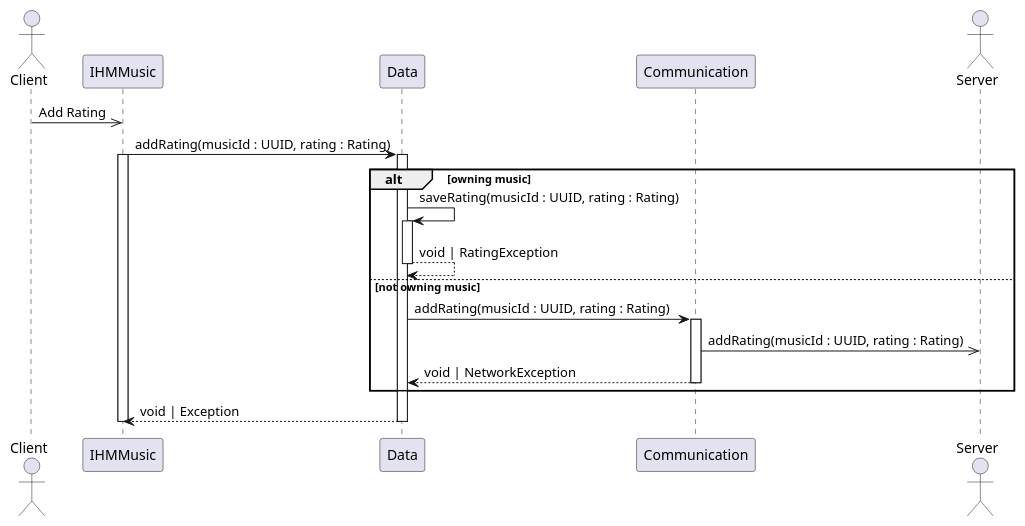
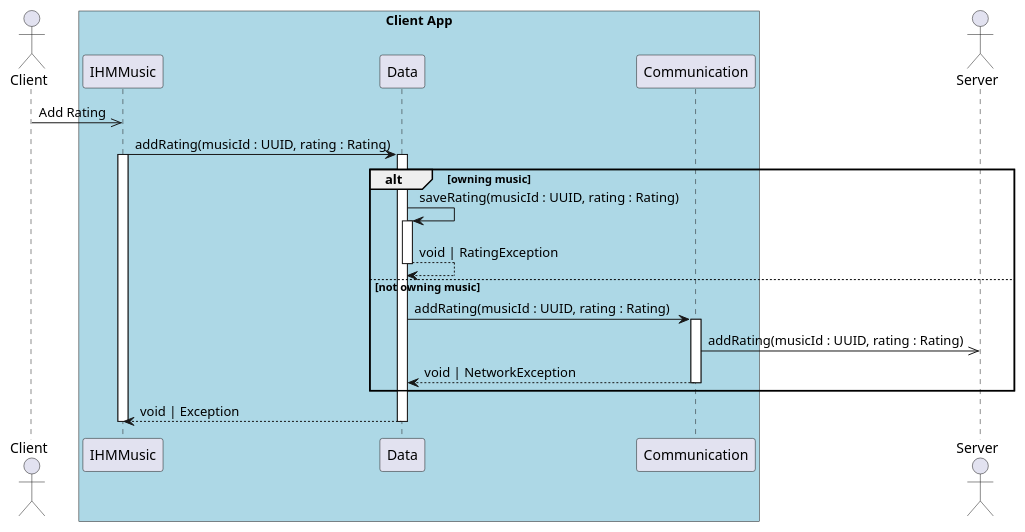
Before and after one commit to UTCAI12/Diagrams: the diagram in sequence/4.1_add_rating_client.puml, drawn with PlantUML. The commit also changed 5 other files, not shown here.

```diff
--- a/sequence/4.1_add_rating_client.puml
+++ b/sequence/4.1_add_rating_client.puml
@@ -1,28 +1,30 @@
 @startuml 4.1. User add a rating to a music (client - sender)
 
 actor Client as client
 
-participant IHMMusic as ihm
-participant Data as data
-participant Communication as com
+box "Client App" #LightBlue
+    participant IHMMusic as ihm
+    participant Data as data
+    participant Communication as com
+end box
 
 actor Server as server
 
 client ->> ihm : Add Rating
 
 ihm -> data++ : addRating(musicId : UUID, rating : Rating)
 activate ihm
 
 alt owning music
     data -> data++ : saveRating(musicId : UUID, rating : Rating)
     return void | RatingException
 else not owning music
     data -> com++ : addRating(musicId : UUID, rating : Rating)
     com ->> server : addRating(musicId : UUID, rating : Rating)
     return void | NetworkException
 end
 
 return void | Exception
 deactivate ihm
 
 @enduml
```
